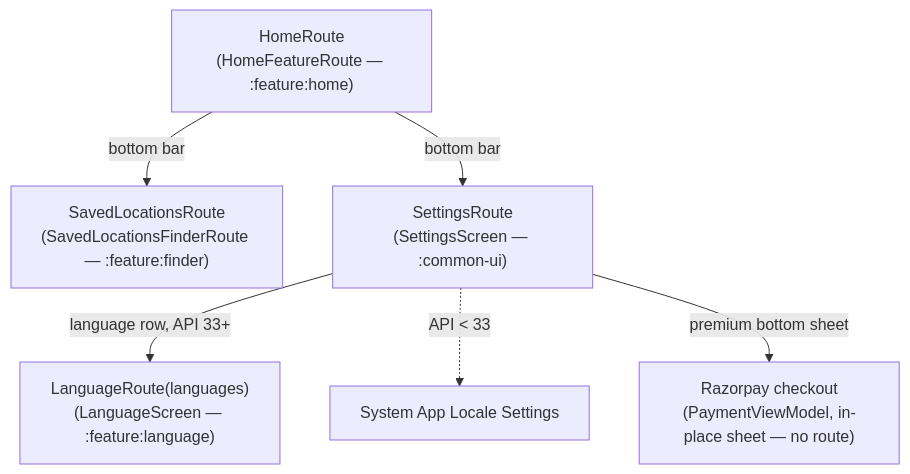
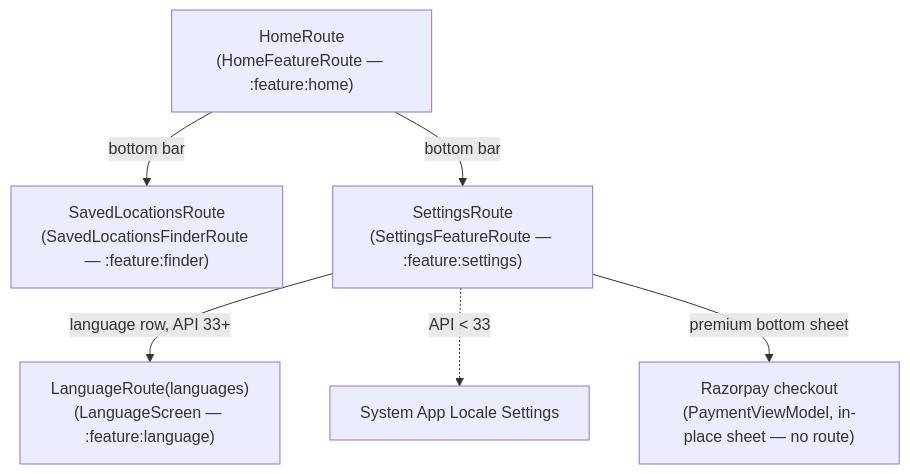
The third of 3 diagrams in README.md (bosankus/Compose-Weatherify), drawn with Mermaid before and after one commit. The commit also changed other lines of this file and 40 other files, not shown here.

````diff
--- a/README.md
+++ b/README.md
@@ -135,8 +143,8 @@
 ```mermaid
 graph TD
     Home["HomeRoute\n(HomeFeatureRoute — :feature:home)"] -->|bottom bar| Saved["SavedLocationsRoute\n(SavedLocationsFinderRoute — :feature:finder)"]
-    Home -->|bottom bar| Settings["SettingsRoute\n(SettingsScreen — :common-ui)"]
+    Home -->|bottom bar| Settings["SettingsRoute\n(SettingsFeatureRoute — :feature:settings)"]
     Settings -->|language row, API 33+| Language["LanguageRoute(languages)\n(LanguageScreen — :feature:language)"]
     Settings -.->|API < 33| SystemSettings["System App Locale Settings"]
     Settings -->|premium bottom sheet| Payment["Razorpay checkout\n(PaymentViewModel, in-place sheet — no route)"]
 ```
````
